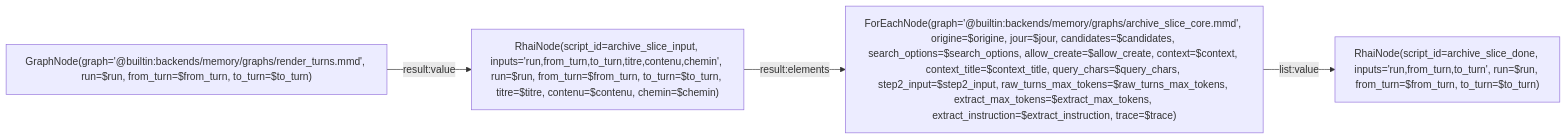
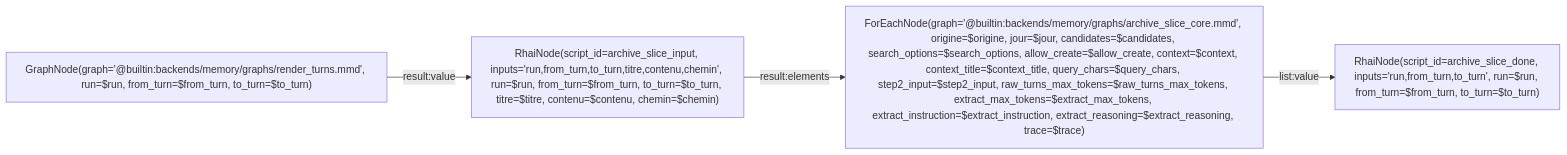
Before and after one commit to L-Defraiteur/rag3db: the diagram in extension/rag3weaver/templates/backends/memory/graphs/archive_slice.mmd, drawn with Mermaid. The commit also changed 4 other files, not shown here.

```diff
--- a/extension/rag3weaver/templates/backends/memory/graphs/archive_slice.mmd
+++ b/extension/rag3weaver/templates/backends/memory/graphs/archive_slice.mmd
@@ -1,31 +1,32 @@
 %% tool: archive_slice
 %% description: Files one slice of a conversation in two steps — by run and turn range (the host: the slice is rendered from its Turn rows and kept as its Source) or by contenu (the banc) (18 November 2026, Lucie's form). Step 1, a structured extraction over the whole slice, without the base: the model returns the slice summary, its topics (title, turn ranges, what is said, whether it is still open, free attributes) and the turns set aside. Step 2, one Decide per topic against the recalled fiches, as `archive` does for a section. A turn that no topic covers and no reason sets aside goes to a residual « reste » segment: nothing falls silently. The slice is kept as its Source (L0, written once). Each L1 has the section « turns a-b · <title> ». The report adds `slice_summary` and `open` (the topics still open at the end of the slice) `source` (the path of the slice Source) and, with run, `archived_through_turn`: to_turn when the slice is filed without error, from_turn - 1 otherwise (the host files it again). An extraction that is not the requested JSON fails the call, naming response_schema.
 %% param: run string = "" -- The run whose turns are filed (the host's call): the slice is rendered from its Turn rows by render_turns, between from_turn and to_turn. Empty: contenu is filed as given (the banc).
 %% param: from_turn int = 0 -- The first turn of the slice, included.
 %% param: to_turn int = 0 -- The last turn of the slice, included.
 %% param: titre string = "" -- The slice title; empty with run: « run <run>, turns <a>-<b> ».
 %% param: contenu string = "" -- Without run: the slice, in the single form render_turns gives (one « ## turn <n> » per turn, one « ### <role> · <time> » per message).
 %% param: chemin string = "" -- The path of the slice Source; empty with run: sources/<run slug>-turns-<a>-<b>.md.
 %% param: origine string = "run_trace" -- The origin of the Source.
 %% param: jour string = "" -- The day, AAAA-MM-JJ: only for a default path, which archive_slice always gives.
 %% param: candidates int = 5 -- Candidate fiches recalled per topic.
 %% param: search_options json = {"limit": 8} -- The options of the candidate search.
 %% param: allow_create bool = false -- create allowed (off by default, as in archive).
 %% param: context string = "" -- What precedes the slice, shown to the model and never filed.
 %% param: context_title string = "Ce qui précède (déjà rangé, ne pas ranger) :" -- The title before context in the step 2 prompt.
 %% param: query_chars int = 4000 -- The bound of the candidate search query.
 %% param: step2_input string = "both" -- What step 2 reads for a topic: extracted (the extracted « said »), raw_turns (its raw turns) or both.
 %% param: raw_turns_max_tokens int = 12000 -- The bound of the raw turns of one topic, in estimated tokens (characters / 4).
 %% param: extract_instruction string = "Split this slice of a conversation into topics." -- The task line of the extraction, set before the slice; the rules are in the descriptions of the extraction schema.
+%% param: extract_reasoning string = "low" -- The reasoning effort of the extraction (minimal, low, medium, high); on Vertex it counts in extract_max_tokens.
 %% param: extract_max_tokens int = 8192 -- The output bound of the extraction call.
 %% param: trace bool = false -- The report also carries `results`, one entry per topic (as archive).
 %% result: done.result
 
 graph LR
     render["GraphNode(graph='@builtin:backends/memory/graphs/render_turns.mmd', run=$run, from_turn=$from_turn, to_turn=$to_turn)"]
     slice["RhaiNode(script_id=archive_slice_input, inputs='run,from_turn,to_turn,titre,contenu,chemin', run=$run, from_turn=$from_turn, to_turn=$to_turn, titre=$titre, contenu=$contenu, chemin=$chemin)"]
-    core["ForEachNode(graph='@builtin:backends/memory/graphs/archive_slice_core.mmd', origine=$origine, jour=$jour, candidates=$candidates, search_options=$search_options, allow_create=$allow_create, context=$context, context_title=$context_title, query_chars=$query_chars, step2_input=$step2_input, raw_turns_max_tokens=$raw_turns_max_tokens, extract_max_tokens=$extract_max_tokens, extract_instruction=$extract_instruction, trace=$trace)"]
+    core["ForEachNode(graph='@builtin:backends/memory/graphs/archive_slice_core.mmd', origine=$origine, jour=$jour, candidates=$candidates, search_options=$search_options, allow_create=$allow_create, context=$context, context_title=$context_title, query_chars=$query_chars, step2_input=$step2_input, raw_turns_max_tokens=$raw_turns_max_tokens, extract_max_tokens=$extract_max_tokens, extract_instruction=$extract_instruction, extract_reasoning=$extract_reasoning, trace=$trace)"]
     done["RhaiNode(script_id=archive_slice_done, inputs='run,from_turn,to_turn', run=$run, from_turn=$from_turn, to_turn=$to_turn)"]
     render -->|result:value| slice
     slice -->|result:elements| core
     core -->|list:value| done
```
